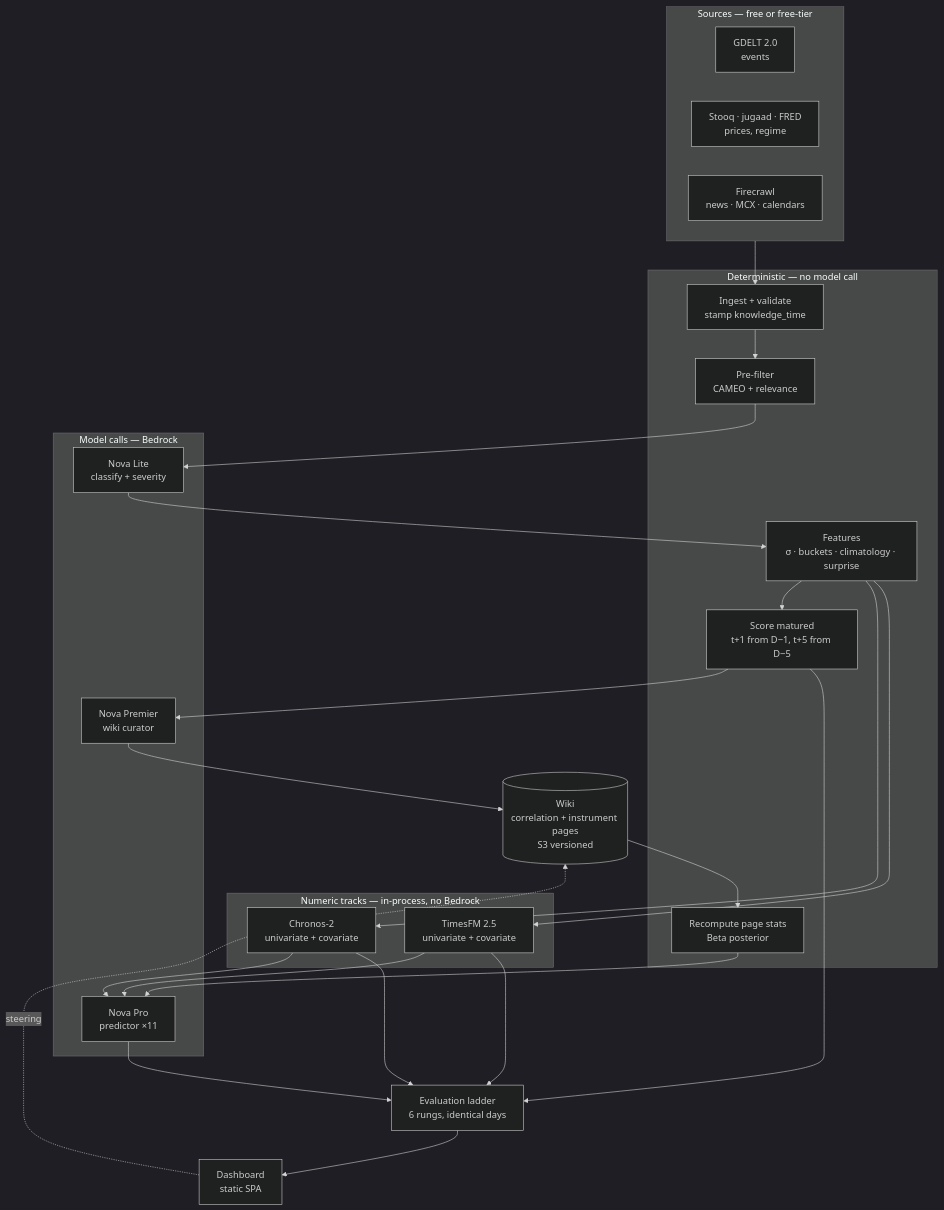
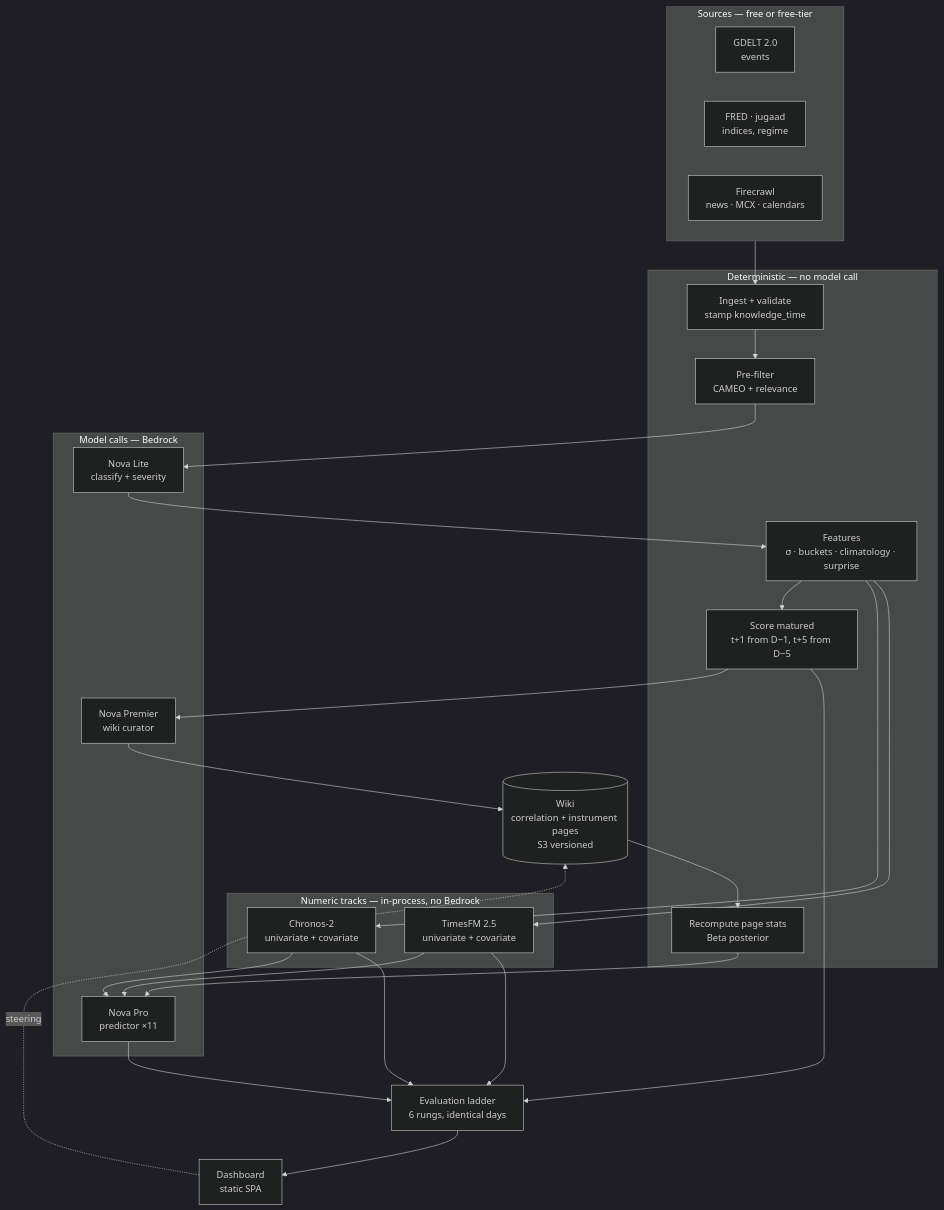
The diagram in docs/SystemDesign.md (itamittech/finevents), drawn with Mermaid (dark theme) before and after one commit. The commit also changed other lines of this file and 17 other files, not shown here.

````diff
--- a/docs/SystemDesign.md
+++ b/docs/SystemDesign.md
@@ -38,44 +38,44 @@
 ```mermaid
 flowchart TB
     subgraph src["Sources — free or free-tier"]
         direction LR
         GD["GDELT 2.0<br/>events"]
-        PX["Stooq · jugaad · FRED<br/>prices, regime"]
+        PX["FRED · jugaad<br/>indices, regime"]
         FC["Firecrawl<br/>news · MCX · calendars"]
     end
 
     subgraph det["Deterministic — no model call"]
         ING["Ingest + validate<br/>stamp knowledge_time"]
         FIL["Pre-filter<br/>CAMEO + relevance"]
         FEA["Features<br/>σ · buckets · climatology · surprise"]
         SCO["Score matured<br/>t+1 from D−1, t+5 from D−5"]
         STA["Recompute page stats<br/>Beta posterior"]
     end
 
     subgraph num["Numeric tracks — in-process, no Bedrock"]
         CH["Chronos-2<br/>univariate + covariate"]
         TF["TimesFM 2.5<br/>univariate + covariate"]
     end
 
     subgraph mdl["Model calls — Bedrock"]
         CL["Nova Lite<br/>classify + severity"]
         CU["Nova Premier<br/>wiki curator"]
         PR["Nova Pro<br/>predictor ×11"]
     end
 
     WIKI[("Wiki<br/>correlation + instrument pages<br/>S3 versioned")]
     LAD["Evaluation ladder<br/>6 rungs, identical days"]
     UI["Dashboard<br/>static SPA"]
 
     src --> ING --> FIL --> CL
     CL --> FEA
     FEA --> SCO --> CU --> WIKI
     WIKI --> STA --> PR
     FEA --> CH & TF
     CH & TF --> PR
     PR --> LAD
     CH & TF --> LAD
     SCO --> LAD
     LAD --> UI
     UI -.->|steering| WIKI
 ```
````
